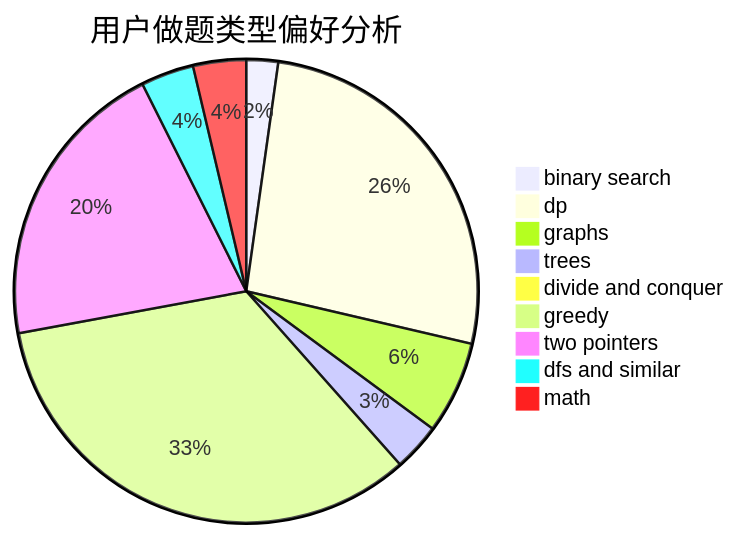
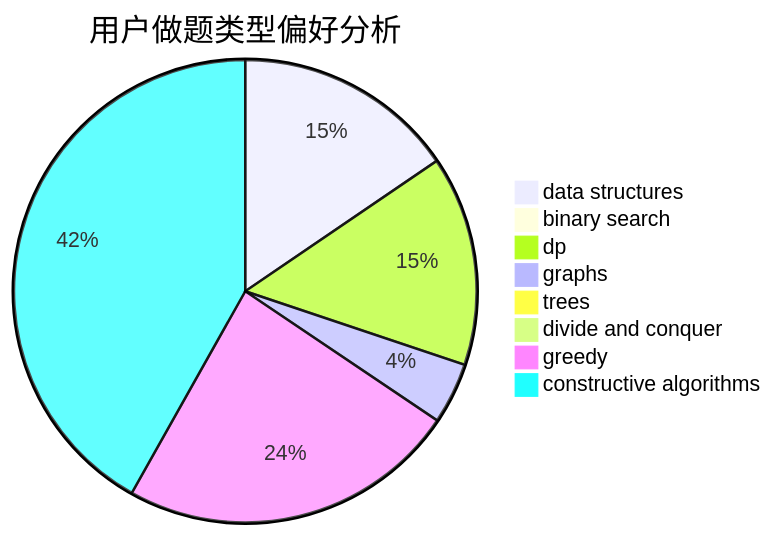
The second of 3 diagrams in docs/user/u1137.md (sherpahu/cfrs.github.io), drawn with Mermaid before and after one commit. The commit also changed other lines of this file and 2775 other files, not shown here.

````diff
--- a/docs/user/u1137.md
+++ b/docs/user/u1137.md
@@ -23,12 +23,11 @@
 ```mermaid
 pie title 用户做题类型偏好分析
-    "binary search" :  12
-    "dp" :  143
-    "graphs" :  35
-    "trees" :  18
-    "divide and conquer" :  4
-    "greedy" :  182
-    "two pointers" :  111
-    "dfs and similar" :  20
-    "math" :  20
+    "data structures" :  94
+    "binary search" :  0
+    "dp" :  89
+    "graphs" :  26
+    "trees" :  5
+    "divide and conquer" :  0
+    "greedy" :  144
+    "constructive algorithms" :  254
 ```
````
